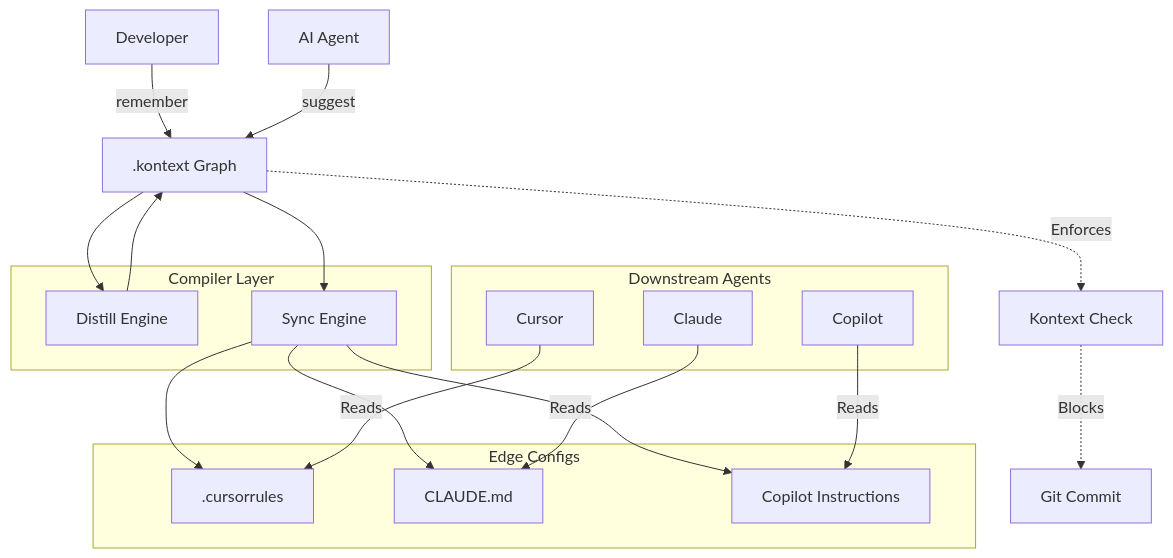
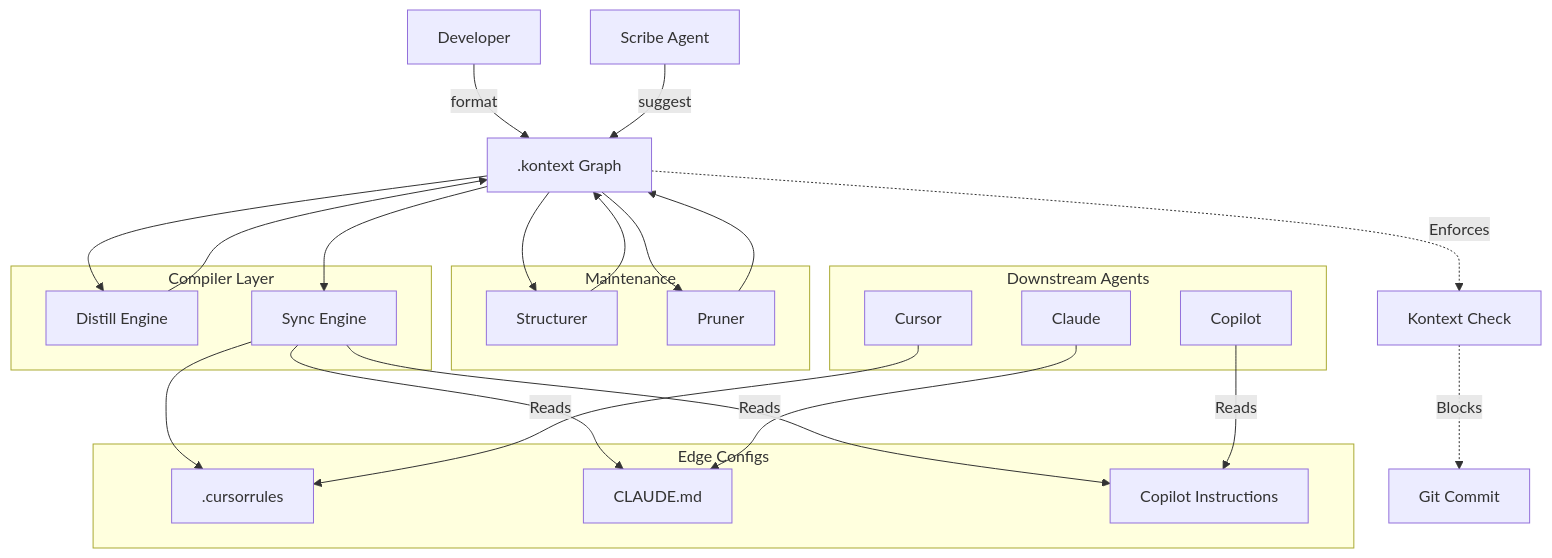
Before and after one commit to mehulbhardwaj/kontext: the diagram in .kontext/architecture.md, drawn with Mermaid. The commit also changed other lines of this file and 1 other file, not shown here.

Commit message:
chore: finalize documentation and architectural constraints

````diff
--- a/.kontext/architecture.md
+++ b/.kontext/architecture.md
@@ -41,32 +44,41 @@
 ```mermaid
 flowchart TD
-    Human[Developer] -->|remember| Graph[.kontext Graph]
-    Agent[AI Agent] -->|suggest| Graph
+    Human[Developer] -->|format| Graph[.kontext Graph]
+    Scribe[Scribe Agent] -->|suggest| Graph
+    
+    subgraph Maintenance
+        Structurer[Structurer]
+        Pruner[Pruner]
+    end
+    
+    Graph --> Pruner --> Graph
+    Graph --> Structurer --> Graph
+
     
     subgraph Compiler Layer
         Distill[Distill Engine]
         Sync[Sync Engine]
     end
     
     Graph --> Distill --> Graph
     Graph --> Sync
     
     subgraph Edge Configs
         CR[.cursorrules]
         CM[CLAUDE.md]
         CI[Copilot Instructions]
     end
     
     Sync --> CR
     Sync --> CM
     Sync --> CI
     
     subgraph Downstream Agents
         Cursor -->|Reads| CR
         Claude -->|Reads| CM
         Copilot -->|Reads| CI
     end
     
     Graph -.->|Enforces| Check[Kontext Check]
     Check -.->|Blocks| Commit[Git Commit]
 ```
````
